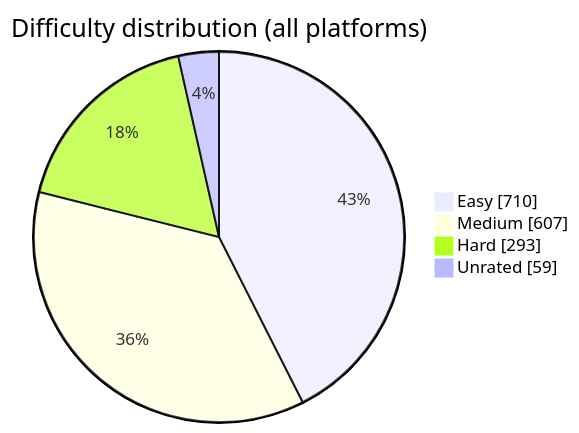
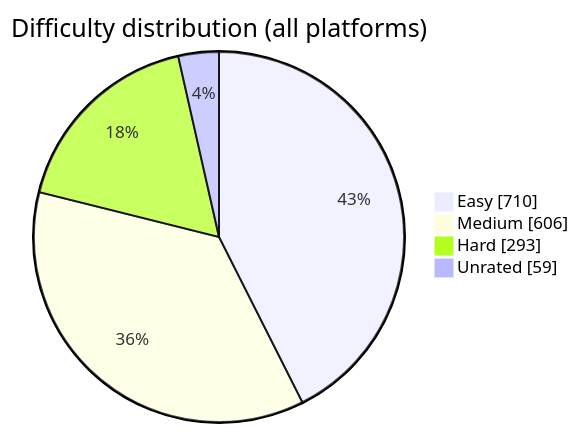
The diagram in README.md (BuildbyArindam/Daily-Coding-Log), drawn with Mermaid before and after one commit. The commit also changed other lines of this file, not shown here.

````diff
--- a/README.md
+++ b/README.md
@@ -93,7 +93,7 @@
 ```mermaid
 pie showData title Difficulty distribution (all platforms)
     "Easy" : 710
-    "Medium" : 607
+    "Medium" : 606
     "Hard" : 293
     "Unrated" : 59
 ```
````
